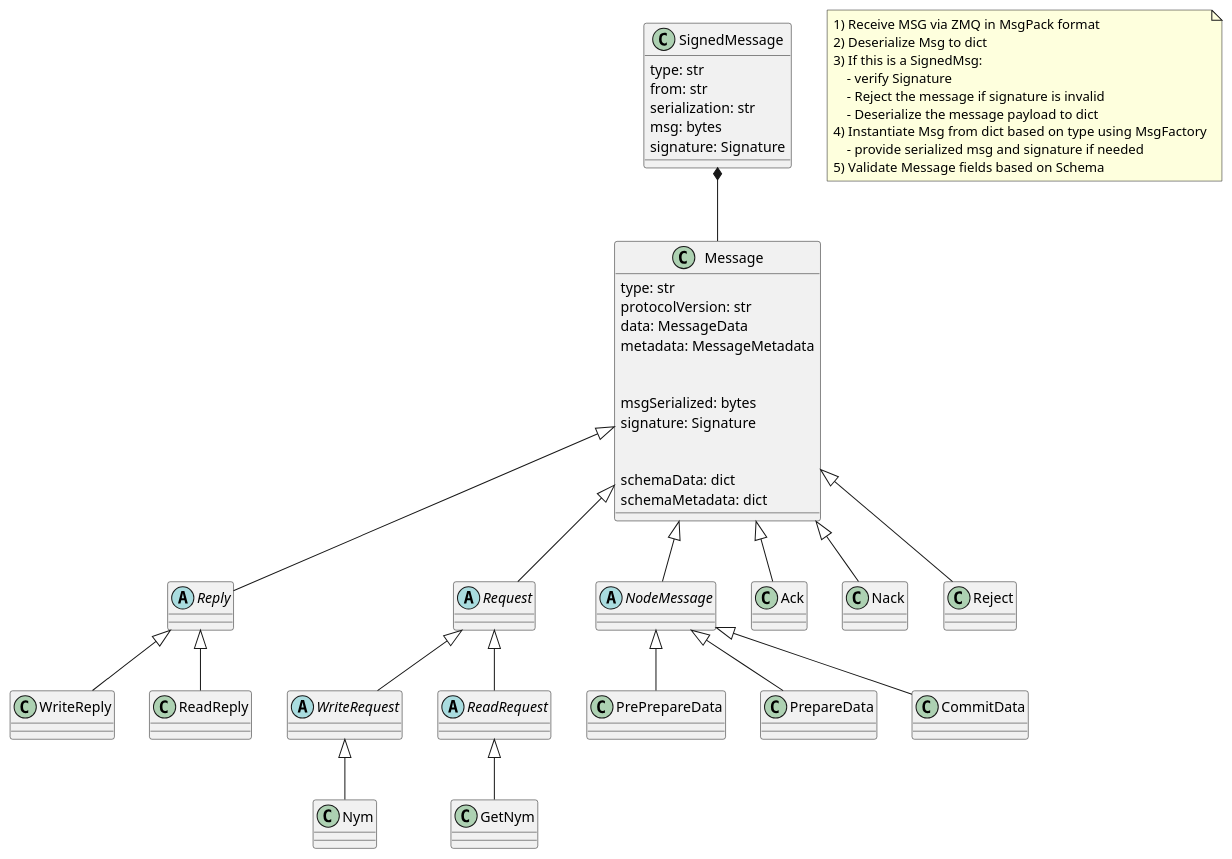
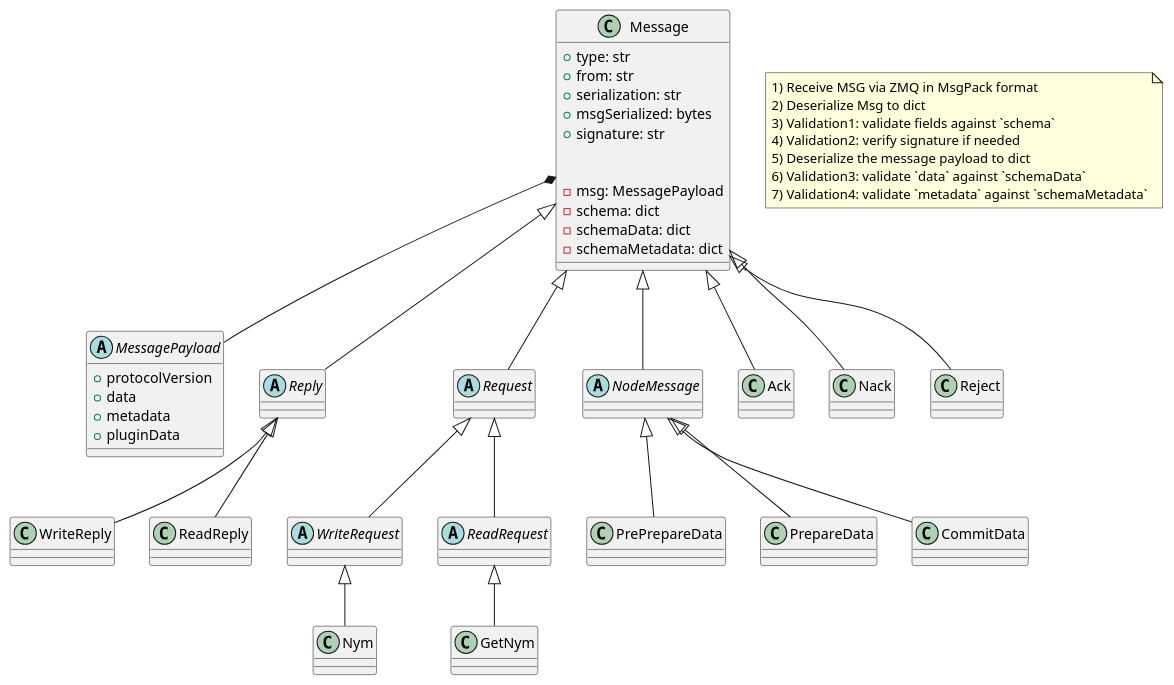
The diagram in docs/messages.puml (udosson/indy-plenum), drawn with PlantUML before and after one commit.

Commit message:
Class diagram

```diff
--- a/docs/messages.puml
+++ b/docs/messages.puml
@@ -1,74 +1,72 @@
 @startuml
 
-class SignedMessage {
-type: str
-from: str
-serialization: str
-msg: bytes
-signature: Signature
+class Message {
++type: str
++from: str
++serialization: str
++msgSerialized: bytes
++signature: str
+\n
+-msg: MessagePayload
+-schema: dict
+-schemaData: dict
+-schemaMetadata: dict
 }
 
-class Message {
-type: str
-protocolVersion: str
-data: MessageData
-metadata: MessageMetadata
-\n
-msgSerialized: bytes
-signature: Signature
-\n
-schemaData: dict
-schemaMetadata: dict
+abstract class MessagePayload {
++protocolVersion
++data
++metadata
++pluginData
 }
+
 
 abstract class Reply {
 }
 
 abstract class Request {
 }
 
 abstract class WriteRequest {
 }
 
 abstract class ReadRequest {
 }
 
 abstract class NodeMessage {
 }
 
-SignedMessage *-- Message
+Message *-- MessagePayload
 
 Message <|-- Request
 Request <|-- WriteRequest
 Request <|-- ReadRequest
 
 Message <|-- Reply
 Reply <|-- WriteReply
 Reply <|-- ReadReply
 
 Message <|-- NodeMessage
 
 Message <|-- Ack
 Message <|-- Nack
 Message <|-- Reject
 
 WriteRequest <|-- Nym
 ReadRequest <|-- GetNym
 
 NodeMessage <|-- PrePrepareData
 NodeMessage <|-- PrepareData
 NodeMessage <|-- CommitData
 
 note as N
 1) Receive MSG via ZMQ in MsgPack format
 2) Deserialize Msg to dict
-3) If this is a SignedMsg:
-    - verify Signature
-    - Reject the message if signature is invalid
-    - Deserialize the message payload to dict
-4) Instantiate Msg from dict based on type using MsgFactory
-    - provide serialized msg and signature if needed
-5) Validate Message fields based on Schema
+3) Validation1: validate fields against `schema`
+4) Validation2: verify signature if needed
+5) Deserialize the message payload to dict
+6) Validation3: validate `data` against `schemaData`
+7) Validation4: validate `metadata` against `schemaMetadata`
 end note
 
 @enduml
```
